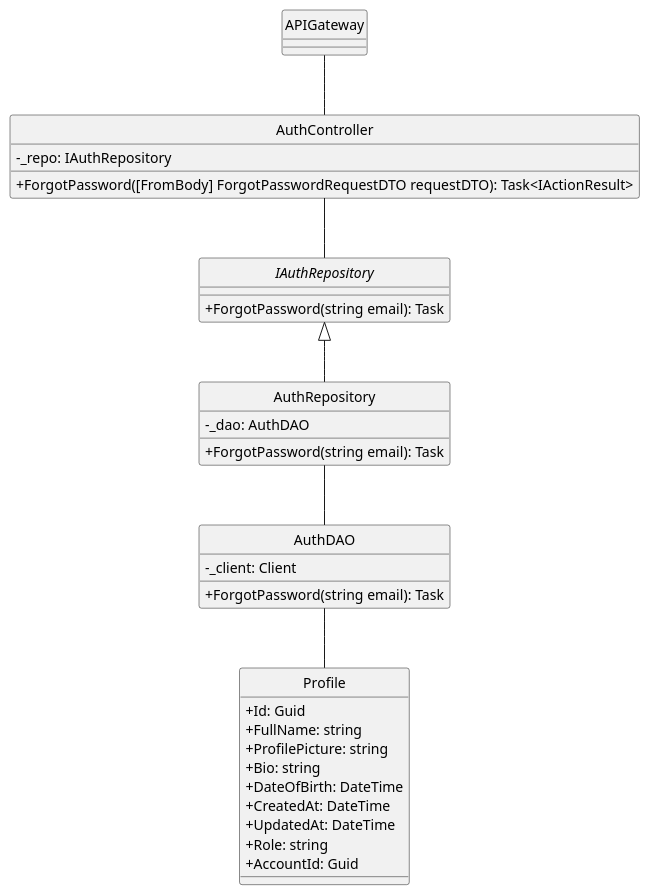
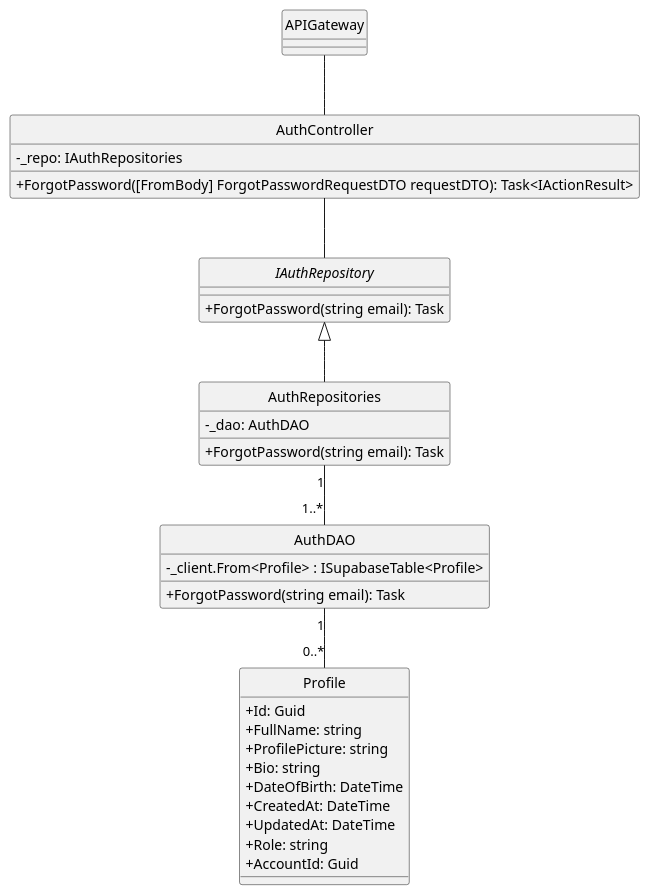
One commit to minhnhut23/FPT-OBOMS changed the diagram in docs/ClassDiagram/Authtentication/ForgotPassword/ForgotPassword.plantuml. Above: the diagram before and after it, drawn with PlantUML. The commit also changed 9 other files, not shown here.

Commit message:
edit diagram auth and user

```diff
--- a/docs/ClassDiagram/Authtentication/ForgotPassword/ForgotPassword.plantuml
+++ b/docs/ClassDiagram/Authtentication/ForgotPassword/ForgotPassword.plantuml
@@ -1,48 +1,48 @@
 @startuml 
 hide circle
 skinparam classAttributeIconSize 0
 skinparam linetype ortho
 
 class APIGateway {
 }
 
 class AuthController {
-    - _repo: IAuthRepository
+    - _repo: IAuthRepositories
     + ForgotPassword([FromBody] ForgotPasswordRequestDTO requestDTO): Task<IActionResult> 
 }
 
 interface IAuthRepository { 
     + ForgotPassword(string email): Task
 }
 
-class AuthRepository {
+class AuthRepositories {
     - _dao: AuthDAO
-    + ForgotPassword(string email): Task    
+    + ForgotPassword(string email): Task
 }
 
 class AuthDAO {
-    - _client: Client
+    - _client.From<Profile> : ISupabaseTable<Profile>
     + ForgotPassword(string email): Task
 }
 
 class Profile {
     + Id: Guid
     + FullName: string
     + ProfilePicture: string
     + Bio: string
     + DateOfBirth: DateTime
     + CreatedAt: DateTime
     + UpdatedAt: DateTime
     + Role: string
     + AccountId: Guid
 }
 
 APIGateway -- AuthController
 AuthController -- IAuthRepository
 
-IAuthRepository <|-- AuthRepository
+IAuthRepository <|-- AuthRepositories
 
-AuthRepository -- AuthDAO
+AuthRepositories "1" -- "1..*" AuthDAO
 
-AuthDAO -- Profile
+AuthDAO "1"--"0..*" Profile
 @enduml
```
